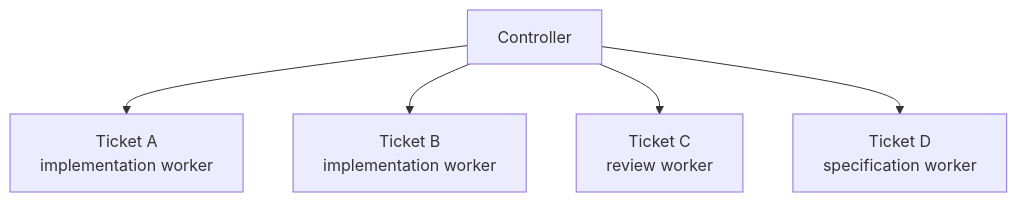
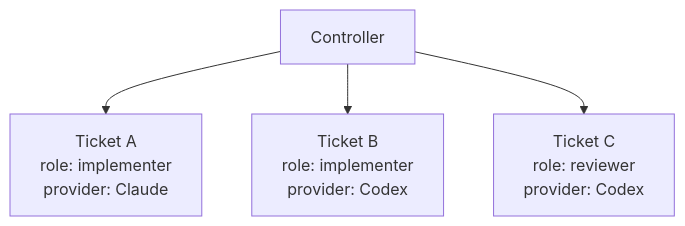
The third of 5 diagrams in articles/architecture-evolution-from-conversational-loop-to-durable-controller.md (msbi-ltd/agentic-harness-deep-dives), drawn with Mermaid before and after one commit. The commit also changed other lines of this file, not shown here.

````diff
--- a/articles/architecture-evolution-from-conversational-loop-to-durable-controller.md
+++ b/articles/architecture-evolution-from-conversational-loop-to-durable-controller.md
@@ -137,8 +242,7 @@
 ```mermaid
 flowchart TD
     C["Controller"]
-    C --> A["Ticket A<br/>implementation worker"]
-    C --> B["Ticket B<br/>implementation worker"]
-    C --> R["Ticket C<br/>review worker"]
-    C --> S["Ticket D<br/>specification worker"]
+    C --> A["Ticket A<br/>role: implementer<br/>provider: Claude"]
+    C --> B["Ticket B<br/>role: implementer<br/>provider: Codex"]
+    C --> R["Ticket C<br/>role: reviewer<br/>provider: Codex"]
 ```
````
